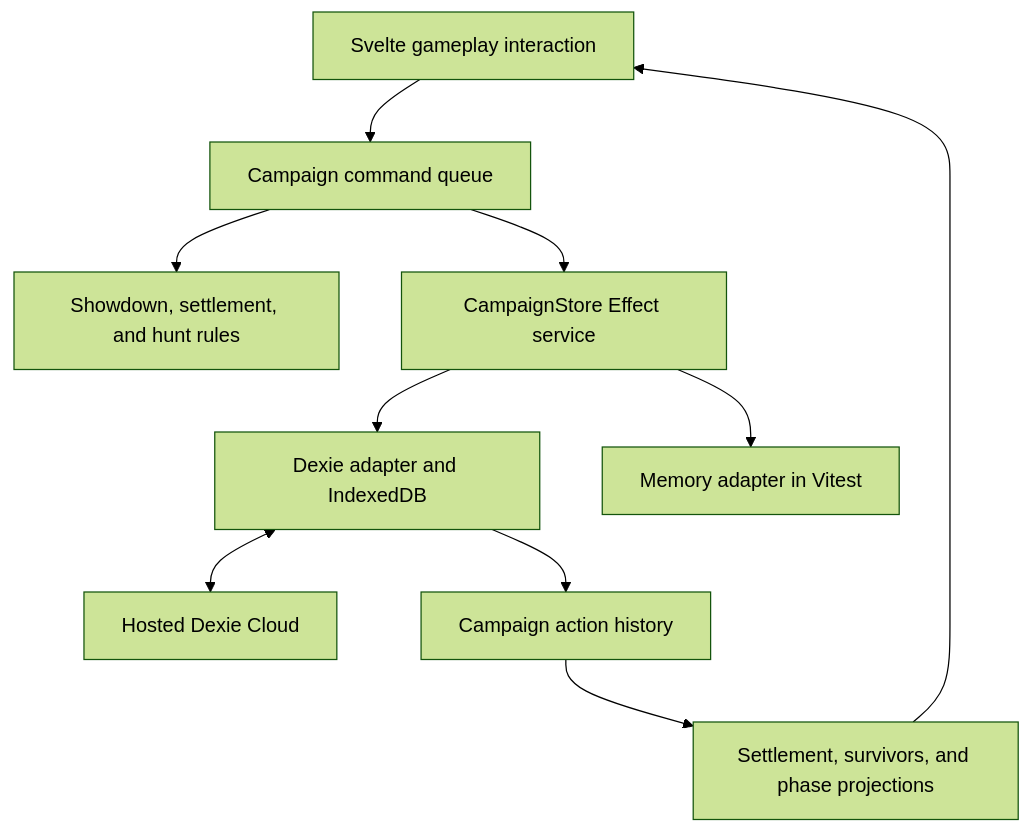
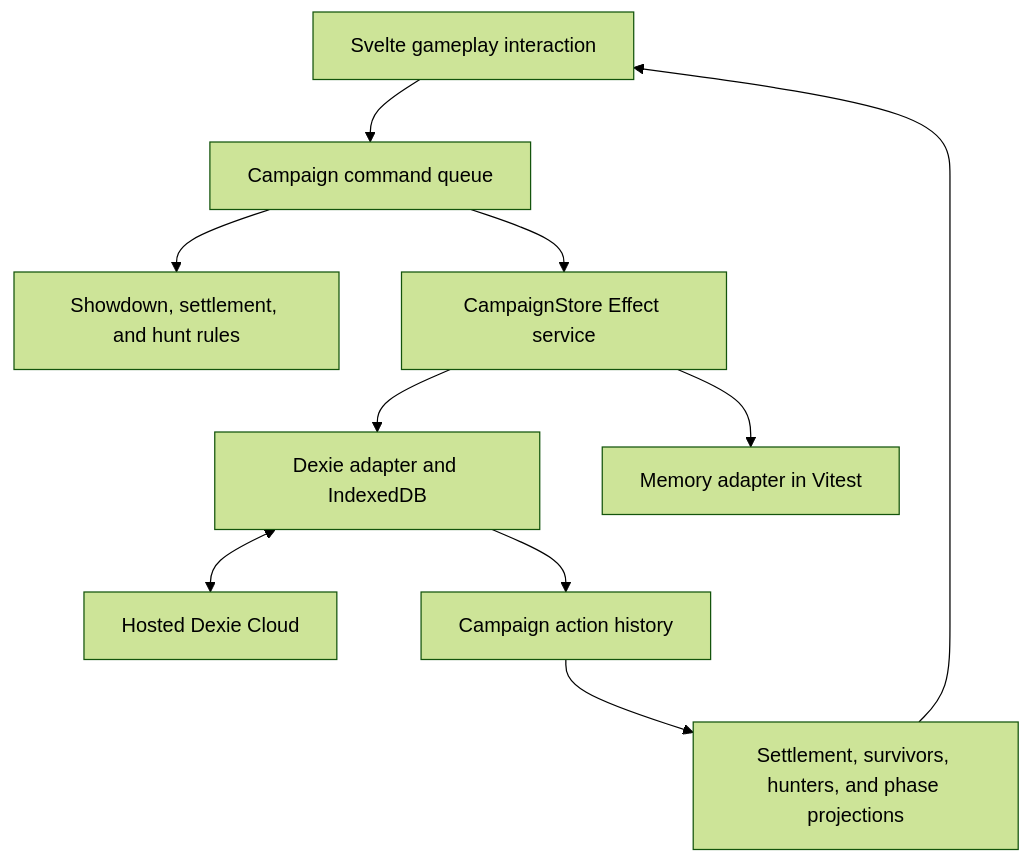
One commit to nick1n/guidepost changed the second of 3 diagrams in docs/kdm-architecture.md. Above: the diagram before and after it, drawn with Mermaid (forest theme). The commit also changed other lines of this file and 13 other files, not shown here.

````diff
--- a/docs/kdm-architecture.md
+++ b/docs/kdm-architecture.md
@@ -118,12 +130,12 @@
 ```mermaid
 flowchart TD
   UI[Svelte gameplay interaction] --> Commands[Campaign command queue]
   Commands --> Rules[Showdown, settlement, and hunt rules]
   Commands --> Store[CampaignStore Effect service]
   Store --> Dexie[Dexie adapter and IndexedDB]
   Store --> Memory[Memory adapter in Vitest]
   Dexie <--> Cloud[Hosted Dexie Cloud]
   Dexie --> History[Campaign action history]
-  History --> Project[Settlement, survivors, and phase projections]
+  History --> Project[Settlement, survivors, hunters, and phase projections]
   Project --> UI
 ```
````
